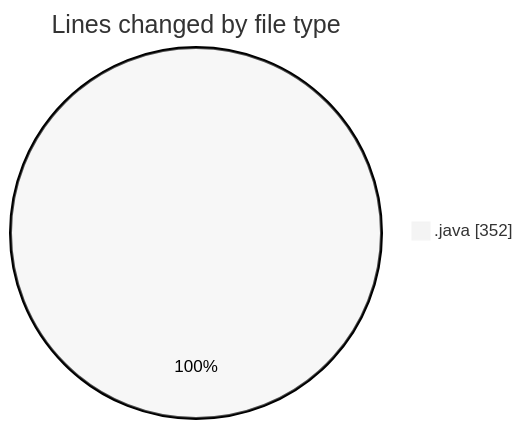
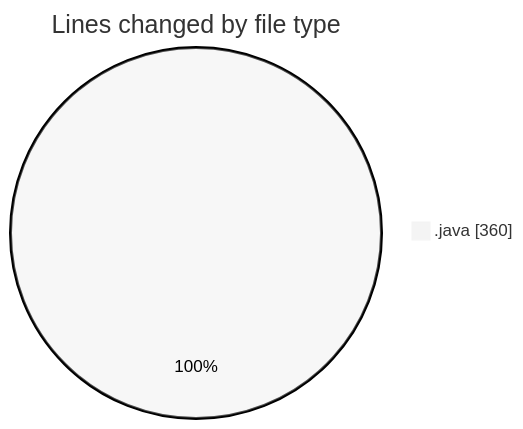
One commit to NitaiMahat/code-tracking changed the first of 2 diagrams in 2025-02-27/project1/README.md. Above: the diagram before and after it, drawn with Mermaid (neutral theme). The commit also changed other lines of this file and 1 other file, not shown here.

````diff
--- a/2025-02-27/project1/README.md
+++ b/2025-02-27/project1/README.md
@@ -21,5 +21,5 @@
 ```mermaid
 pie showData
 title Lines changed by file type
-".java" : 352
+".java" : 360
 ```
````
